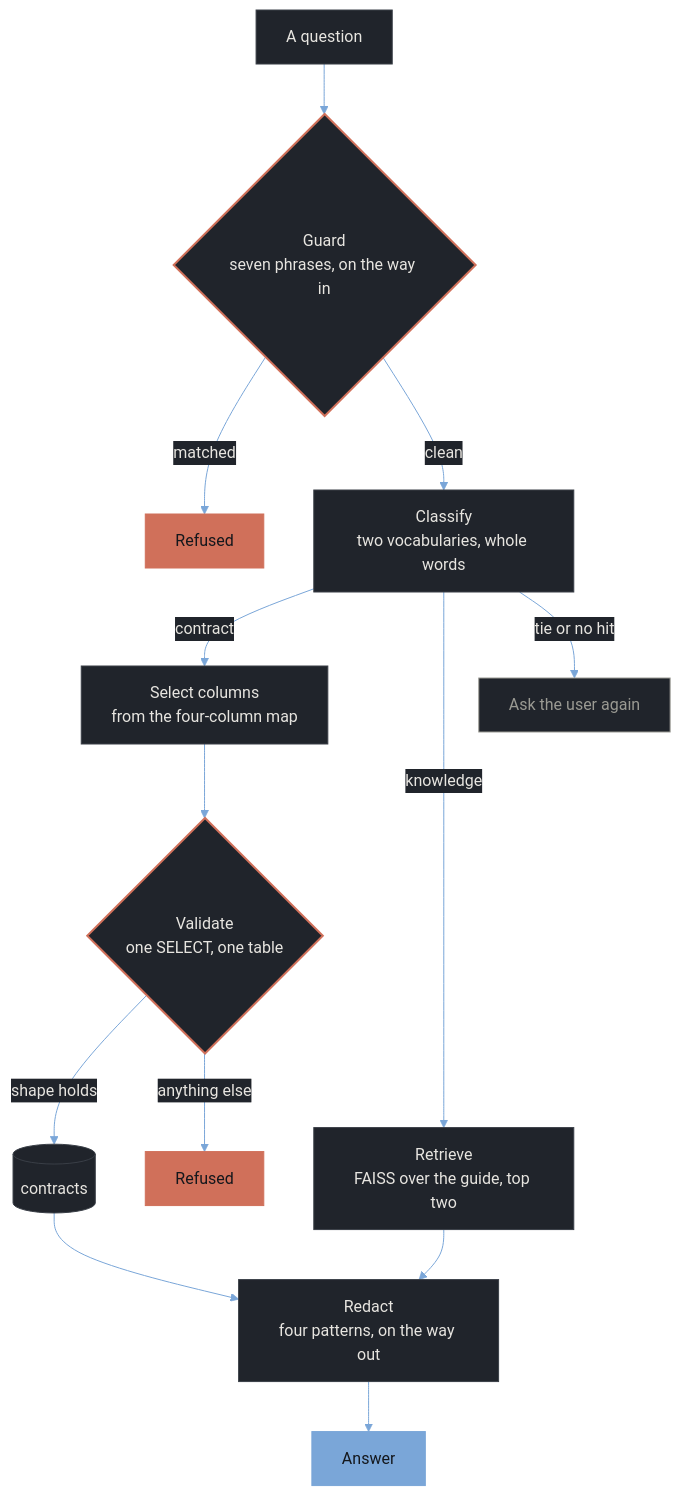
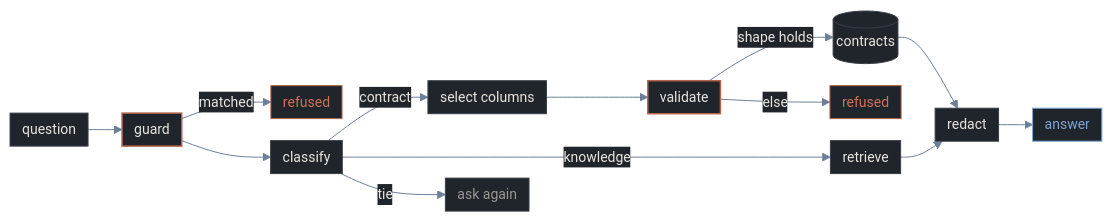
The diagram in README.md (jameswniu/multi-intent-ai-chatbot-assistant), drawn with Mermaid before and after one commit.

Commit message:
Compact the flowchart into a left-to-right band and mute its colors

````diff
--- a/README.md
+++ b/README.md
@@ -133,22 +133,22 @@
 ```mermaid
-%%{init: {'theme': 'base', 'flowchart': {'curve': 'basis'}, 'themeVariables': {'primaryColor': '#20242b', 'primaryTextColor': '#e7e5e0', 'primaryBorderColor': '#3a3f47', 'lineColor': '#7aa6d8', 'textColor': '#e7e5e0', 'edgeLabelBackground': '#20242b', 'fontSize': '16px'}}}%%
-flowchart TD
-    Q[A question] --> G{Guard<br/>seven phrases, on the way in}
-    G -->|matched| R1[Refused]
-    G -->|clean| C[Classify<br/>two vocabularies, whole words]
-    C -->|contract| S[Select columns<br/>from the four-column map]
-    C -->|knowledge| F[Retrieve<br/>FAISS over the guide, top two]
-    C -->|tie or no hit| A[Ask the user again]
-    S --> V{Validate<br/>one SELECT, one table}
+%%{init: {'theme': 'base', 'flowchart': {'curve': 'basis', 'nodeSpacing': 22, 'rankSpacing': 34, 'padding': 6}, 'themeVariables': {'primaryColor': '#20242b', 'primaryTextColor': '#e7e5e0', 'primaryBorderColor': '#3a3f47', 'lineColor': '#6b7f99', 'textColor': '#c9c7c1', 'edgeLabelBackground': '#20242b', 'fontSize': '14px'}}}%%
+flowchart LR
+    Q[question] --> G[guard]
+    G -->|matched| R1[refused]
+    G --> C[classify]
+    C -->|contract| S[select columns]
+    C -->|knowledge| F[retrieve]
+    C -->|tie| A[ask again]
+    S --> V[validate]
     V -->|shape holds| D[(contracts)]
-    V -->|anything else| R2[Refused]
-    D --> P[Redact<br/>four patterns, on the way out]
+    V -->|else| R2[refused]
+    D --> P[redact]
     F --> P
-    P --> O[Answer]
-    style G fill:#20242b,stroke:#d0705a,stroke-width:2px,color:#e7e5e0
-    style V fill:#20242b,stroke:#d0705a,stroke-width:2px,color:#e7e5e0
-    style R1 fill:#d0705a,stroke:#d0705a,color:#14171c
-    style R2 fill:#d0705a,stroke:#d0705a,color:#14171c
-    style A fill:#20242b,stroke:#9a9a93,color:#9a9a93
-    style O fill:#7aa6d8,stroke:#7aa6d8,color:#14171c
+    P --> O[answer]
+    style G stroke:#b5654a,stroke-width:1.5px
+    style V stroke:#b5654a,stroke-width:1.5px
+    style R1 stroke:#b5654a,color:#d0705a
+    style R2 stroke:#b5654a,color:#d0705a
+    style A color:#9a9a93
+    style O stroke:#7aa6d8,color:#7aa6d8
 ```
````
